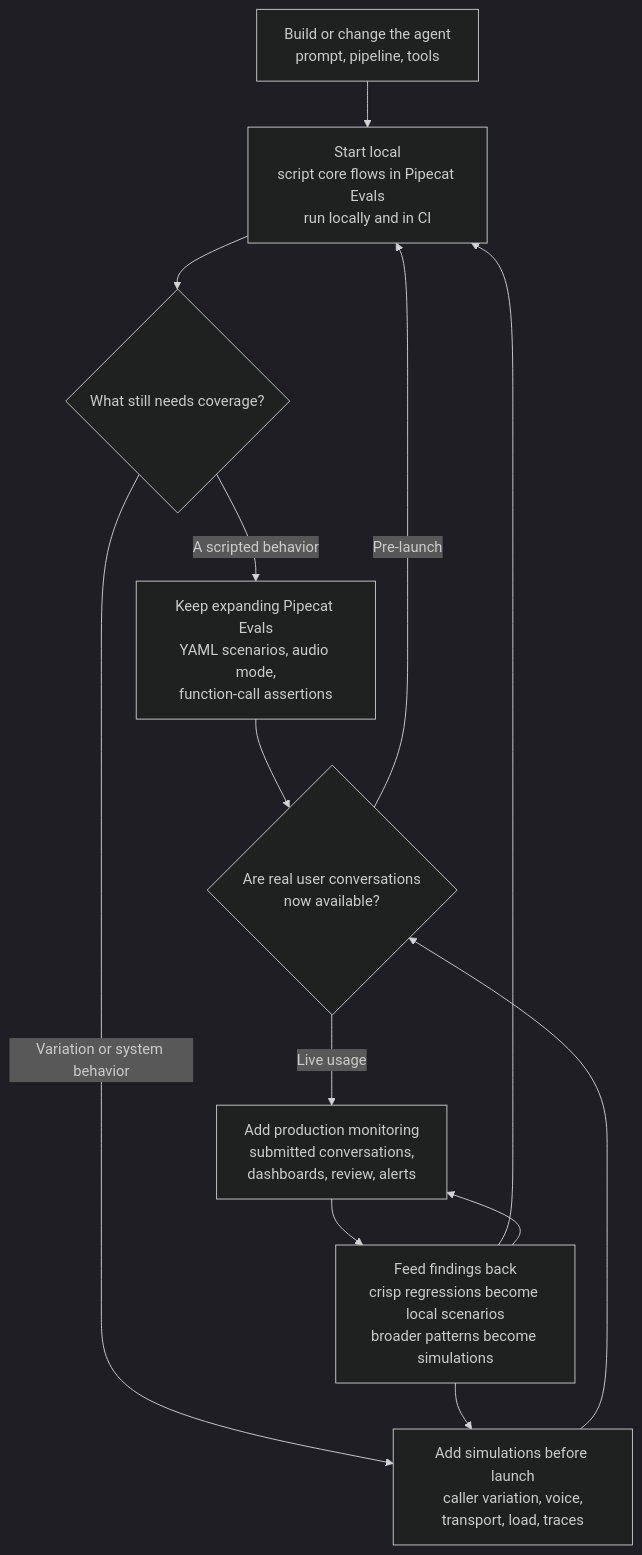
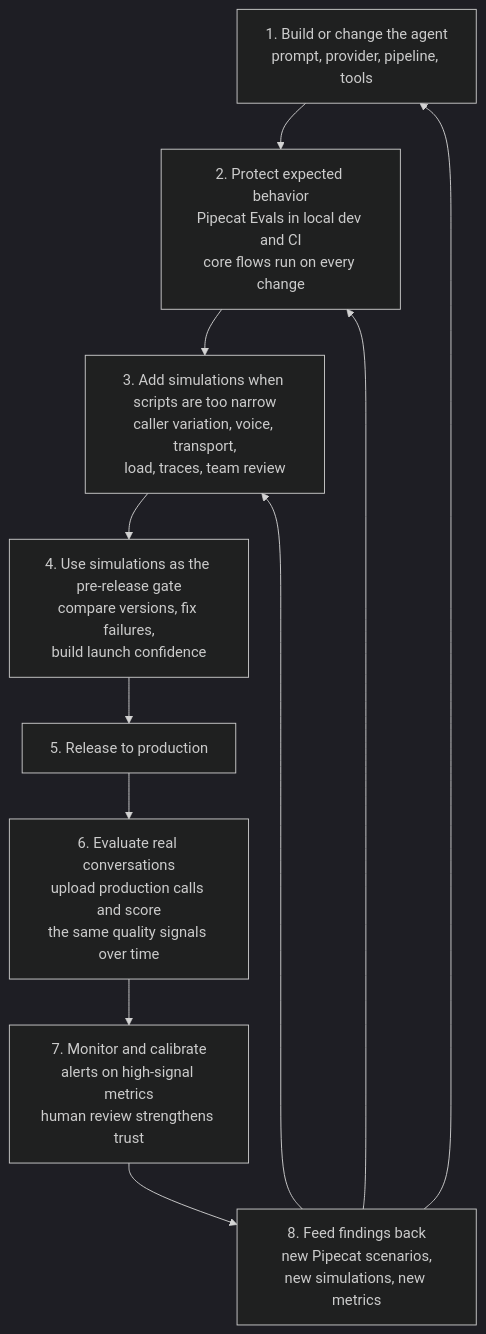
The diagram in pipecat/evals/lifecycle.mdx (pipecat-ai/docs), drawn with Mermaid (dark theme) before and after one commit. The commit also changed other lines of this file, not shown here.

Commit message:
Rework lifecycle visual as quality loop

````diff
--- a/pipecat/evals/lifecycle.mdx
+++ b/pipecat/evals/lifecycle.mdx
@@ -25,15 +25,16 @@
 ```mermaid
 flowchart TB
-  A["Build or change the agent<br/>prompt, pipeline, tools"] --> B["Start local<br/>script core flows in Pipecat Evals<br/>run locally and in CI"]
-  B --> C{"What still needs coverage?"}
-  C -->|A scripted behavior| D["Keep expanding Pipecat Evals<br/>YAML scenarios, audio mode,<br/>function-call assertions"]
-  C -->|Variation or system behavior| E["Add simulations before launch<br/>caller variation, voice,<br/>transport, load, traces"]
-  D --> F{"Are real user conversations<br/>now available?"}
-  E --> F
-  F -->|Pre-launch| B
-  F -->|Live usage| G["Add production monitoring<br/>submitted conversations,<br/>dashboards, review, alerts"]
-  G --> H["Feed findings back<br/>crisp regressions become local scenarios<br/>broader patterns become simulations"]
+  A["1. Build or change the agent<br/>prompt, provider, pipeline, tools"]
+  B["2. Protect expected behavior<br/>Pipecat Evals in local dev and CI<br/>core flows run on every change"]
+  C["3. Add simulations when scripts are too narrow<br/>caller variation, voice, transport,<br/>load, traces, team review"]
+  D["4. Use simulations as the pre-release gate<br/>compare versions, fix failures,<br/>build launch confidence"]
+  E["5. Release to production"]
+  F["6. Evaluate real conversations<br/>upload production calls and score<br/>the same quality signals over time"]
+  G["7. Monitor and calibrate<br/>alerts on high-signal metrics<br/>human review strengthens trust"]
+  H["8. Feed findings back<br/>new Pipecat scenarios,<br/>new simulations, new metrics"]
+
+  A --> B --> C --> D --> E --> F --> G --> H
+  H --> A
   H --> B
-  H --> E
-  H --> G
+  H --> C
 ```
````
